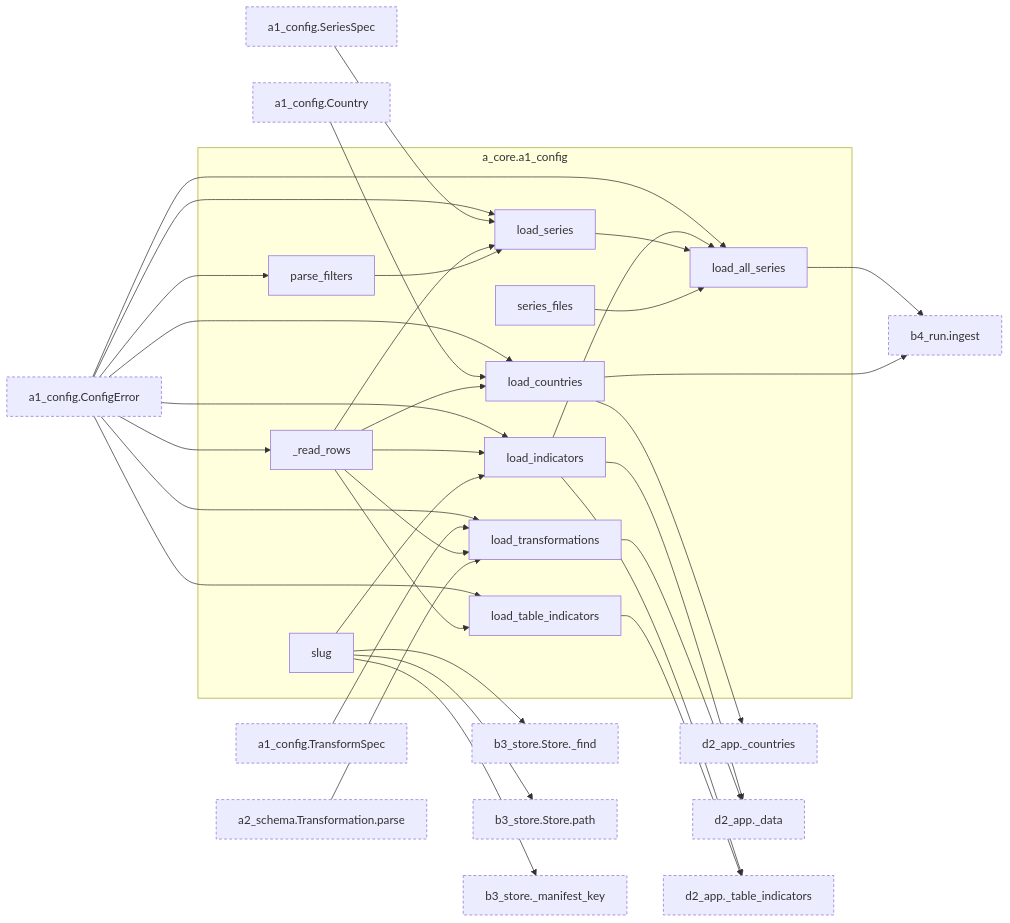
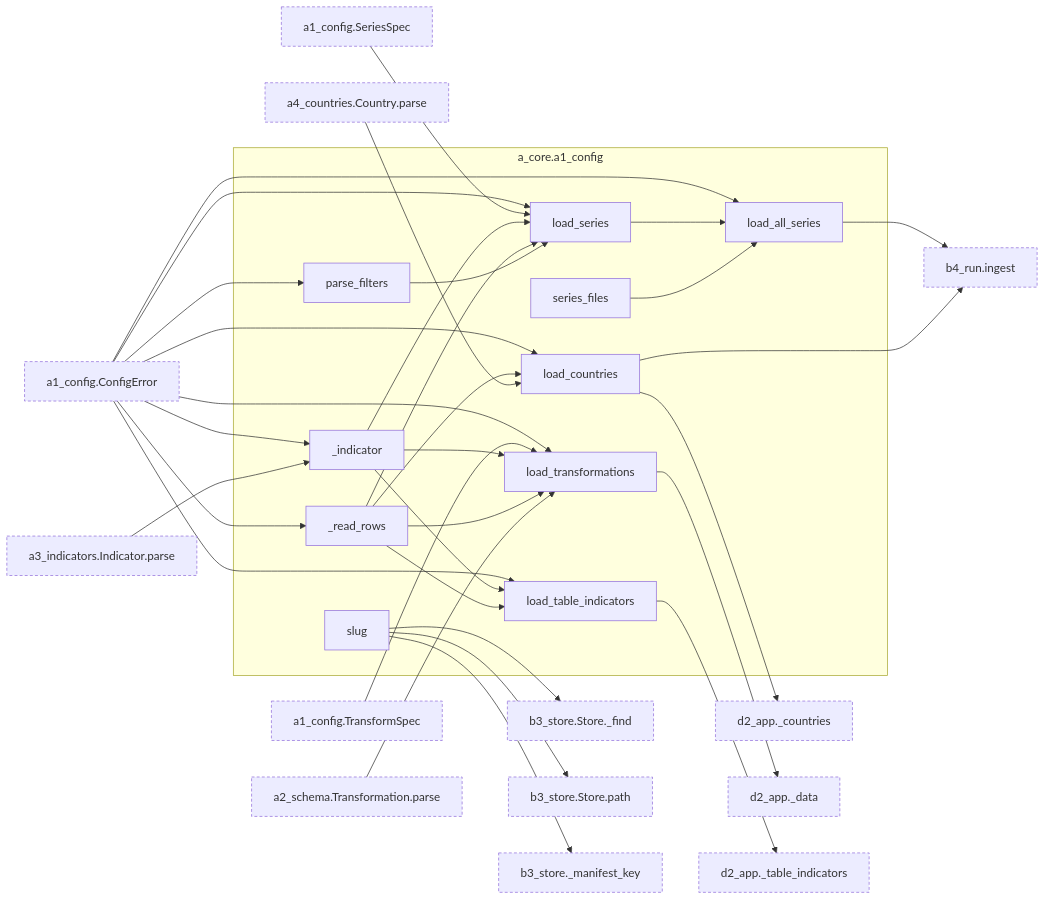
Before and after one commit to bsawyerg15/MacroScan: the third of 15 diagrams in docs/architecture.md, drawn with Mermaid. The commit also changed other lines of this file and 19 other files, not shown here.

````diff
--- a/docs/architecture.md
+++ b/docs/architecture.md
@@ -217,10 +241,10 @@
 ```mermaid
 flowchart LR
   subgraph this["a_core.a1_config"]
+    n_a_core_a1_config__indicator["_indicator"]
     n_a_core_a1_config__read_rows["_read_rows"]
     n_a_core_a1_config_load_all_series["load_all_series"]
     n_a_core_a1_config_load_countries["load_countries"]
-    n_a_core_a1_config_load_indicators["load_indicators"]
     n_a_core_a1_config_load_series["load_series"]
     n_a_core_a1_config_load_table_indicators["load_table_indicators"]
     n_a_core_a1_config_load_transformations["load_transformations"]
@@ -229,10 +253,11 @@
     n_a_core_a1_config_slug["slug"]
   end
   n_a_core_a1_config_ConfigError["a1_config.ConfigError"]:::ext
-  n_a_core_a1_config_Country["a1_config.Country"]:::ext
   n_a_core_a1_config_SeriesSpec["a1_config.SeriesSpec"]:::ext
   n_a_core_a1_config_TransformSpec["a1_config.TransformSpec"]:::ext
   n_a_core_a2_schema_Transformation_parse["a2_schema.Transformation.parse"]:::ext
+  n_a_core_a3_indicators_Indicator_parse["a3_indicators.Indicator.parse"]:::ext
+  n_a_core_a4_countries_Country_parse["a4_countries.Country.parse"]:::ext
   n_b_ingest_b3_store_Store__find["b3_store.Store._find"]:::ext
   n_b_ingest_b3_store_Store_path["b3_store.Store.path"]:::ext
   n_b_ingest_b3_store__manifest_key["b3_store._manifest_key"]:::ext
@@ -240,25 +265,26 @@
   n_d_visualization_d2_app__countries["d2_app._countries"]:::ext
   n_d_visualization_d2_app__data["d2_app._data"]:::ext
   n_d_visualization_d2_app__table_indicators["d2_app._table_indicators"]:::ext
+  n_a_core_a1_config_ConfigError --> n_a_core_a1_config__indicator
+  n_a_core_a3_indicators_Indicator_parse --> n_a_core_a1_config__indicator
   n_a_core_a1_config_ConfigError --> n_a_core_a1_config__read_rows
   n_a_core_a1_config_ConfigError --> n_a_core_a1_config_load_all_series
-  n_a_core_a1_config_load_indicators --> n_a_core_a1_config_load_all_series
   n_a_core_a1_config_load_series --> n_a_core_a1_config_load_all_series
   n_a_core_a1_config_series_files --> n_a_core_a1_config_load_all_series
   n_a_core_a1_config_ConfigError --> n_a_core_a1_config_load_countries
-  n_a_core_a1_config_Country --> n_a_core_a1_config_load_countries
   n_a_core_a1_config__read_rows --> n_a_core_a1_config_load_countries
-  n_a_core_a1_config_ConfigError --> n_a_core_a1_config_load_indicators
-  n_a_core_a1_config__read_rows --> n_a_core_a1_config_load_indicators
-  n_a_core_a1_config_slug --> n_a_core_a1_config_load_indicators
+  n_a_core_a4_countries_Country_parse --> n_a_core_a1_config_load_countries
   n_a_core_a1_config_ConfigError --> n_a_core_a1_config_load_series
   n_a_core_a1_config_SeriesSpec --> n_a_core_a1_config_load_series
+  n_a_core_a1_config__indicator --> n_a_core_a1_config_load_series
   n_a_core_a1_config__read_rows --> n_a_core_a1_config_load_series
   n_a_core_a1_config_parse_filters --> n_a_core_a1_config_load_series
   n_a_core_a1_config_ConfigError --> n_a_core_a1_config_load_table_indicators
+  n_a_core_a1_config__indicator --> n_a_core_a1_config_load_table_indicators
   n_a_core_a1_config__read_rows --> n_a_core_a1_config_load_table_indicators
   n_a_core_a1_config_ConfigError --> n_a_core_a1_config_load_transformations
   n_a_core_a1_config_TransformSpec --> n_a_core_a1_config_load_transformations
+  n_a_core_a1_config__indicator --> n_a_core_a1_config_load_transformations
   n_a_core_a1_config__read_rows --> n_a_core_a1_config_load_transformations
   n_a_core_a2_schema_Transformation_parse --> n_a_core_a1_config_load_transformations
   n_a_core_a1_config_ConfigError --> n_a_core_a1_config_parse_filters
@@ -268,18 +294,15 @@
   n_a_core_a1_config_load_all_series --> n_b_ingest_b4_run_ingest
   n_a_core_a1_config_load_countries --> n_b_ingest_b4_run_ingest
   n_a_core_a1_config_load_countries --> n_d_visualization_d2_app__countries
-  n_a_core_a1_config_load_indicators --> n_d_visualization_d2_app__data
   n_a_core_a1_config_load_transformations --> n_d_visualization_d2_app__data
-  n_a_core_a1_config_load_indicators --> n_d_visualization_d2_app__table_indicators
   n_a_core_a1_config_load_table_indicators --> n_d_visualization_d2_app__table_indicators
   click n_a_core_a1_config_ConfigError href "#cls-ConfigError"
-  click n_a_core_a1_config_Country href "#cls-Country"
   click n_a_core_a1_config_SeriesSpec href "#cls-SeriesSpec"
   click n_a_core_a1_config_TransformSpec href "#cls-TransformSpec"
+  click n_a_core_a1_config__indicator href "#fn-a_core-a1_config-_indicator"
   click n_a_core_a1_config__read_rows href "#fn-a_core-a1_config-_read_rows"
   click n_a_core_a1_config_load_all_series href "#fn-a_core-a1_config-load_all_series"
   click n_a_core_a1_config_load_countries href "#fn-a_core-a1_config-load_countries"
-  click n_a_core_a1_config_load_indicators href "#fn-a_core-a1_config-load_indicators"
   click n_a_core_a1_config_load_series href "#fn-a_core-a1_config-load_series"
   click n_a_core_a1_config_load_table_indicators href "#fn-a_core-a1_config-load_table_indicators"
   click n_a_core_a1_config_load_transformations href "#fn-a_core-a1_config-load_transformations"
@@ -287,6 +310,8 @@
   click n_a_core_a1_config_series_files href "#fn-a_core-a1_config-series_files"
   click n_a_core_a1_config_slug href "#fn-a_core-a1_config-slug"
   click n_a_core_a2_schema_Transformation_parse href "#fn-a_core-a2_schema-Transformation.parse"
+  click n_a_core_a3_indicators_Indicator_parse href "#fn-a_core-a3_indicators-Indicator.parse"
+  click n_a_core_a4_countries_Country_parse href "#fn-a_core-a4_countries-Country.parse"
   click n_b_ingest_b3_store_Store__find href "#fn-b_ingest-b3_store-Store._find"
   click n_b_ingest_b3_store_Store_path href "#fn-b_ingest-b3_store-Store.path"
   click n_b_ingest_b3_store__manifest_key href "#fn-b_ingest-b3_store-_manifest_key"
````
